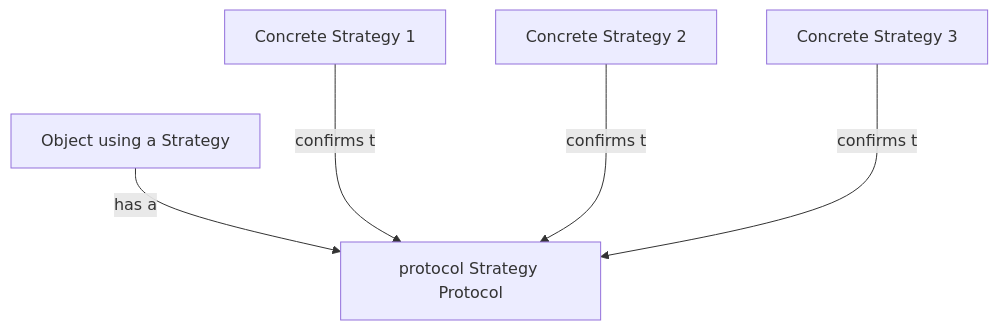
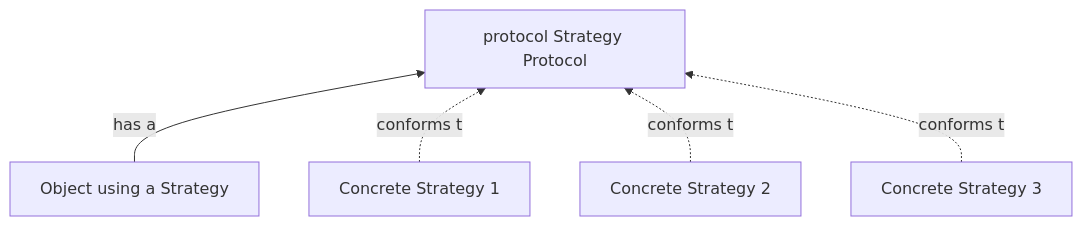
The second of 3 diagrams in README.md (faiztech/Rabble-Wabble), drawn with Mermaid before and after one commit. The commit also changed other lines of this file, not shown here.

````diff
--- a/README.md
+++ b/README.md
@@ -54,7 +54,7 @@
 ```mermaid
-graph TD;
+graph BT;
     A[Object using a Strategy]--has a-->B[protocol Strategy Protocol];
-    C[Concrete Strategy 1]--confirms to-->B;
-    D[Concrete Strategy 2]--confirms to-->B;
-    E[Concrete Strategy 3]--confirms to-->B;
+    C[Concrete Strategy 1]-.conforms to.->B;
+    D[Concrete Strategy 2]-.conforms to.->B;
+    E[Concrete Strategy 3]-.conforms to.->B;
 ```
````
